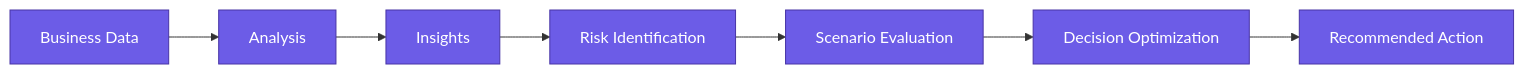
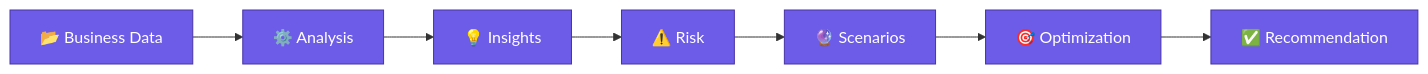
Before and after one commit to saiprasadgundale/EVORA-fork: the second of 6 diagrams in README.md, drawn with Mermaid. The commit also changed other lines of this file, not shown here.

````diff
--- a/README.md
+++ b/README.md
@@ -74,11 +115,12 @@
 ```mermaid
 flowchart LR
-    A["Business Data"]:::goal --> B["Analysis"]:::goal
-    B --> C["Insights"]:::goal
-    C --> D["Risk Identification"]:::goal
-    D --> E["Scenario Evaluation"]:::goal
-    E --> F["Decision Optimization"]:::goal
-    F --> G["Recommended Action"]:::goal
+    A["📂 Business Data"] --> B["⚙️ Analysis"]
+    B --> C["💡 Insights"]
+    C --> D["⚠️ Risk"]
+    D --> E["🔮 Scenarios"]
+    E --> F["🎯 Optimization"]
+    F --> G["✅ Recommendation"]
 
-    classDef goal fill:#6C5CE7,stroke:#4834A6,color:#fff
+    classDef main fill:#6C5CE7,stroke:#4834A6,color:#fff
+    class A,B,C,D,E,F,G main
 ```
````
